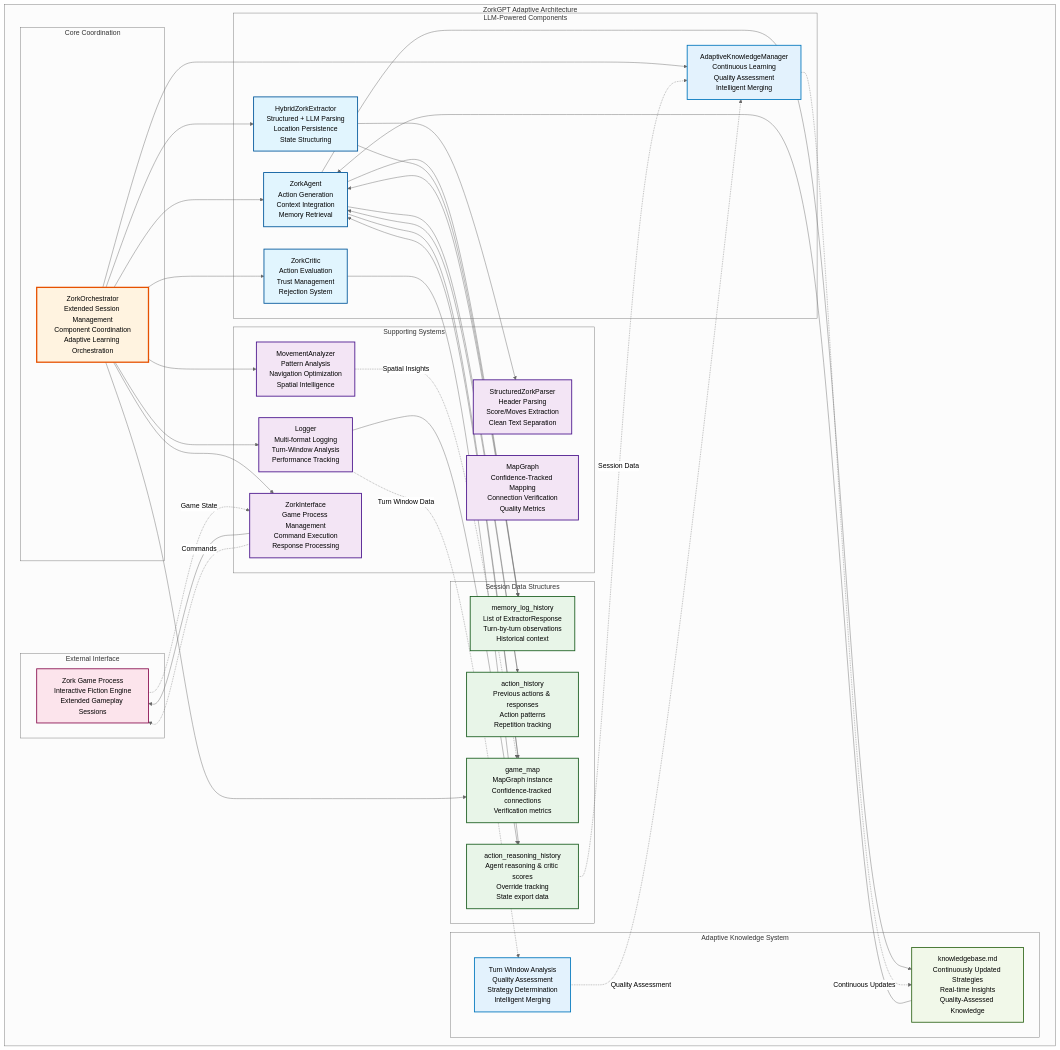
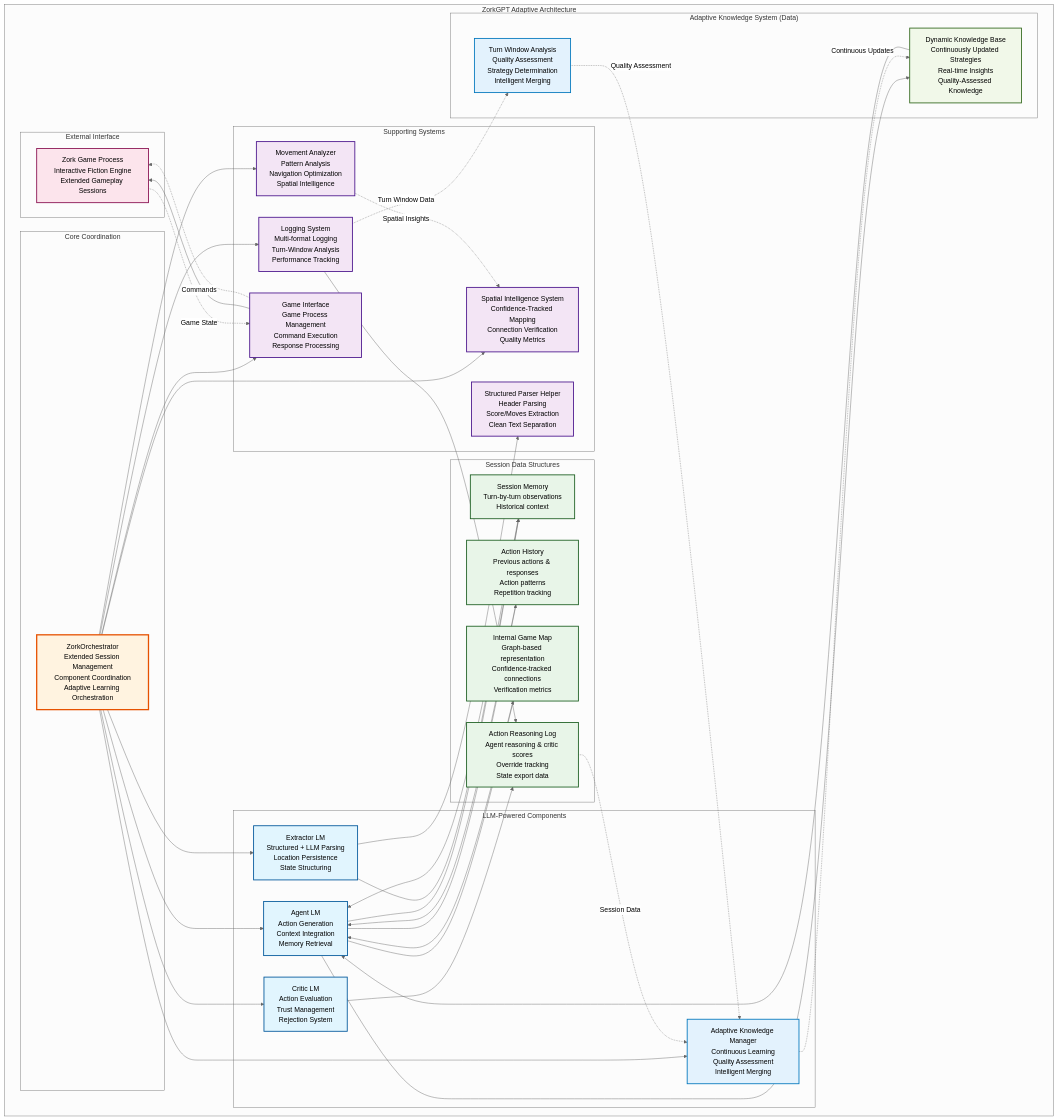
One commit to stickystyle/ZorkGPT changed the first of 2 diagrams in README.md. Above: the diagram before and after it, drawn with Mermaid (neutral theme). The commit also changed other lines of this file, not shown here.

```diff
--- a/README.md
+++ b/README.md
@@ -136,29 +126,29 @@
         end
         
         subgraph "LLM-Powered Components"
-            Agent[ZorkAgent<br/>Action Generation<br/>Context Integration<br/>Memory Retrieval]
-            HybridExtractor[HybridZorkExtractor<br/>Structured + LLM Parsing<br/>Location Persistence<br/>State Structuring]
-            Critic[ZorkCritic<br/>Action Evaluation<br/>Trust Management<br/>Rejection System]
-            AdaptiveKM[AdaptiveKnowledgeManager<br/>Continuous Learning<br/>Quality Assessment<br/>Intelligent Merging]
+            Agent[Agent LM<br/>Action Generation<br/>Context Integration<br/>Memory Retrieval]
+            HybridExtractor[Extractor LM<br/>Structured + LLM Parsing<br/>Location Persistence<br/>State Structuring]
+            Critic[Critic LM<br/>Action Evaluation<br/>Trust Management<br/>Rejection System]
+            AdaptiveKM[Adaptive Knowledge Manager<br/>Continuous Learning<br/>Quality Assessment<br/>Intelligent Merging]
         end
         
         subgraph "Supporting Systems"
-            GameAPI[ZorkInterface<br/>Game Process Management<br/>Command Execution<br/>Response Processing]
-            MapGraph[MapGraph<br/>Confidence-Tracked Mapping<br/>Connection Verification<br/>Quality Metrics]
-            Movement[MovementAnalyzer<br/>Pattern Analysis<br/>Navigation Optimization<br/>Spatial Intelligence]
-            Logger[Logger<br/>Multi-format Logging<br/>Turn-Window Analysis<br/>Performance Tracking]
-            StructuredParser[StructuredZorkParser<br/>Header Parsing<br/>Score/Moves Extraction<br/>Clean Text Separation]
+            GameAPI[Game Interface<br/>Game Process Management<br/>Command Execution<br/>Response Processing]
+            MapGraph[Spatial Intelligence System<br/>Confidence-Tracked Mapping<br/>Connection Verification<br/>Quality Metrics]
+            Movement[Movement Analyzer<br/>Pattern Analysis<br/>Navigation Optimization<br/>Spatial Intelligence]
+            Logger[Logging System<br/>Multi-format Logging<br/>Turn-Window Analysis<br/>Performance Tracking]
+            StructuredParser[Structured Parser Helper<br/>Header Parsing<br/>Score/Moves Extraction<br/>Clean Text Separation]
         end
         
         subgraph "Session Data Structures"
-            MemoryLog[memory_log_history<br/>List of ExtractorResponse<br/>Turn-by-turn observations<br/>Historical context]
-            ActionHistory[action_history<br/>Previous actions & responses<br/>Action patterns<br/>Repetition tracking]
-            GameMap[game_map<br/>MapGraph instance<br/>Confidence-tracked connections<br/>Verification metrics]
-            ActionReasoning[action_reasoning_history<br/>Agent reasoning & critic scores<br/>Override tracking<br/>State export data]
+            MemoryLog[Session Memory<br/>Turn-by-turn observations<br/>Historical context]
+            ActionHistory[Action History<br/>Previous actions & responses<br/>Action patterns<br/>Repetition tracking]
+            GameMap[Internal Game Map<br/>Graph-based representation<br/>Confidence-tracked connections<br/>Verification metrics]
+            ActionReasoning[Action Reasoning Log<br/>Agent reasoning & critic scores<br/>Override tracking<br/>State export data]
         end
         
-        subgraph "Adaptive Knowledge System"
-            KnowledgeBase[knowledgebase.md<br/>Continuously Updated Strategies<br/>Real-time Insights<br/>Quality-Assessed Knowledge]
+        subgraph "Adaptive Knowledge System (Data)"
+            KnowledgeBase[Dynamic Knowledge Base<br/>Continuously Updated Strategies<br/>Real-time Insights<br/>Quality-Assessed Knowledge]
             TurnAnalysis[Turn Window Analysis<br/>Quality Assessment<br/>Strategy Determination<br/>Intelligent Merging]
         end
         
@@ -167,14 +157,12 @@
         end
     end
     
-    %% Core coordination flows
     Orchestrator --> Agent
     Orchestrator --> HybridExtractor
     Orchestrator --> Critic
     Orchestrator --> AdaptiveKM
     Orchestrator --> Logger
     
-    %% LLM component interactions with session data
     Agent --> MemoryLog
     Agent --> ActionHistory
     Agent --> GameMap
@@ -182,9 +170,8 @@
     HybridExtractor --> MemoryLog
     Critic --> ActionReasoning
     
-    %% Supporting system connections
     Orchestrator --> Movement
-    Orchestrator --> GameMap
+    Orchestrator --> MapGraph
     GameAPI --> ZorkGame
     Orchestrator --> GameAPI
     HybridExtractor --> StructuredParser
@@ -196,18 +183,15 @@
     KnowledgeBase --> Agent
     Logger --> ActionReasoning
     
-    %% Game interaction
     ZorkGame -.->|Game State| GameAPI
     GameAPI -.->|Commands| ZorkGame
     
-    %% Adaptive learning feedback loops
     AdaptiveKM -.->|Continuous Updates| KnowledgeBase
     Logger -.->|Turn Window Data| TurnAnalysis
     TurnAnalysis -.->|Quality Assessment| AdaptiveKM
-    Movement -.->|Spatial Insights| GameMap
+    Movement -.->|Spatial Insights| MapGraph
     ActionReasoning -.->|Session Data| AdaptiveKM
     
-    %% Styling
     classDef llmComponent fill:#e1f5fe,stroke:#01579b,stroke-width:2px
     classDef supportSystem fill:#f3e5f5,stroke:#4a148c,stroke-width:2px
     classDef dataStructure fill:#e8f5e8,stroke:#1b5e20,stroke-width:2px
```
